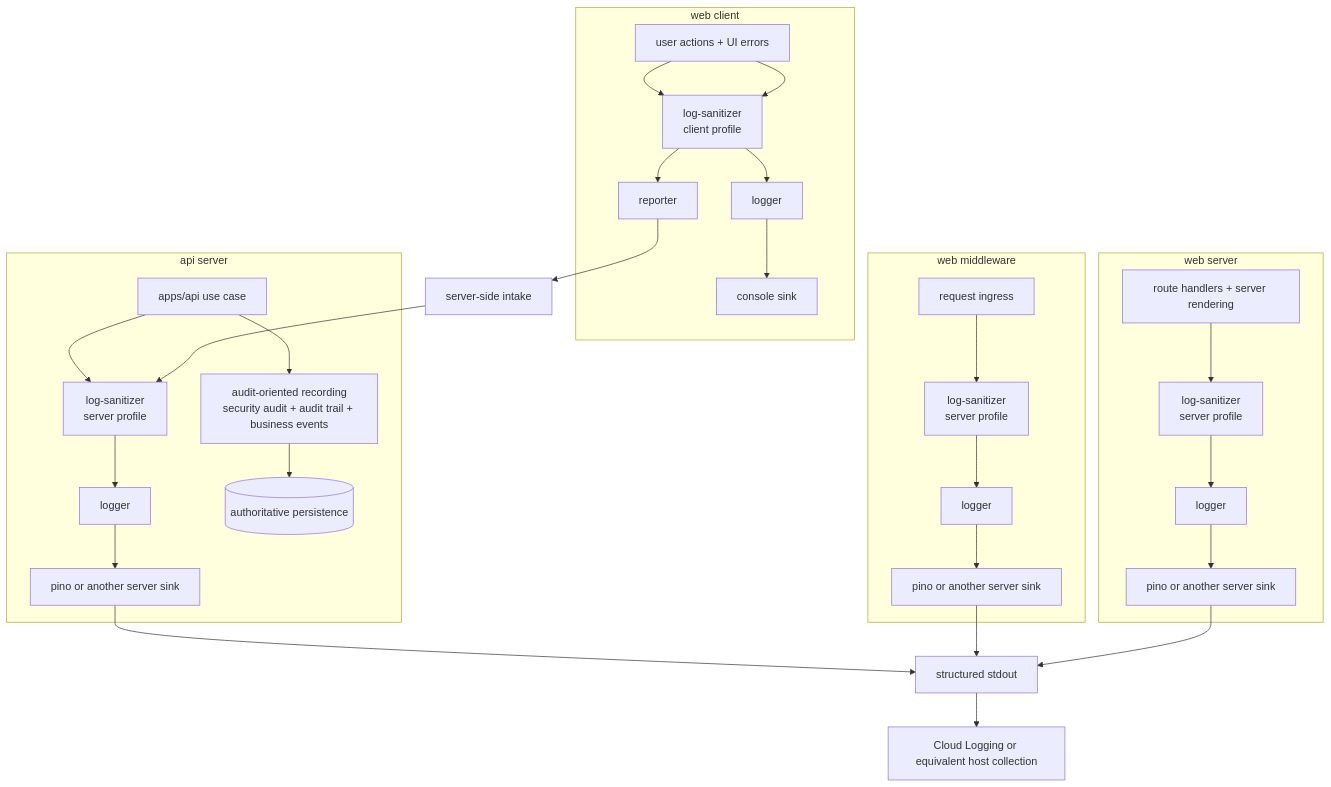
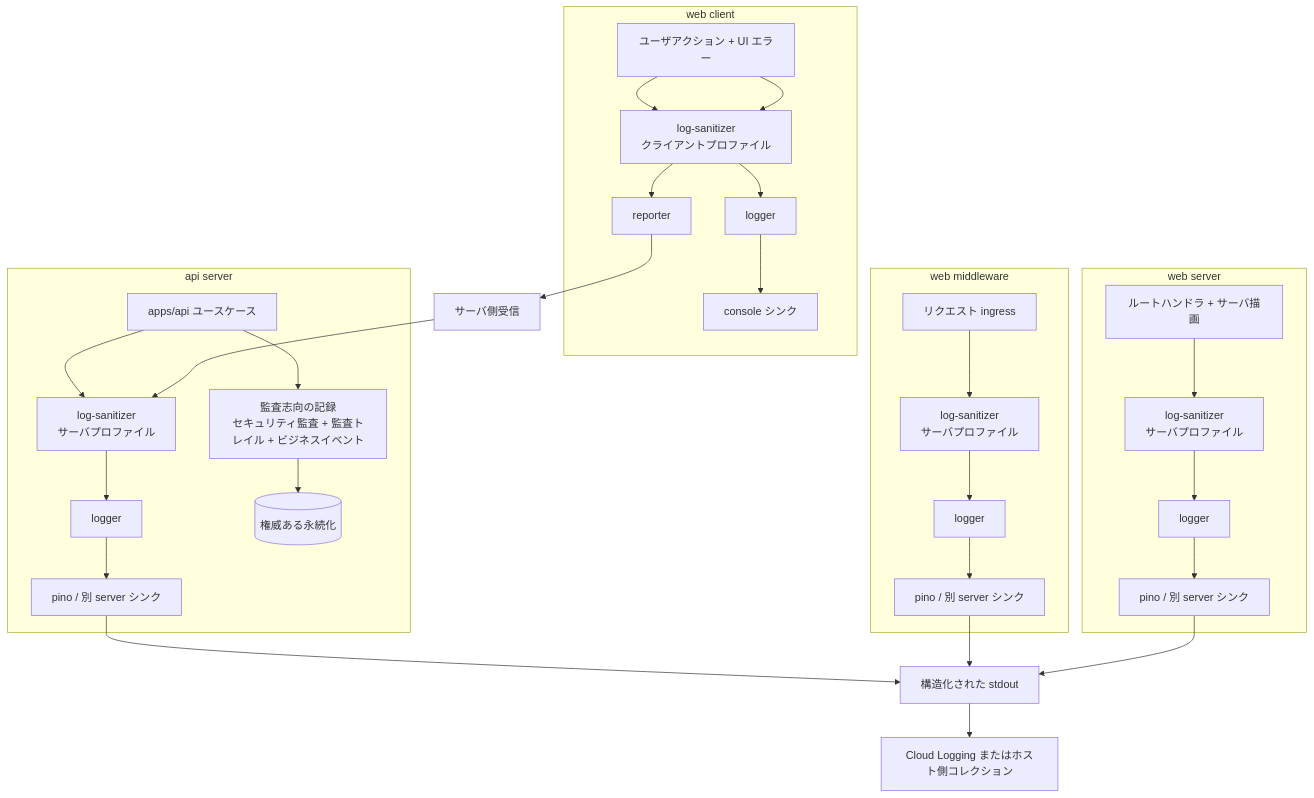
The second of 2 diagrams in docs/platform/logging-and-audit-boundaries.md (focusbuddy-dev/focusbuddy), drawn with Mermaid before and after one commit. The commit also changed other lines of this file and 21 other files, not shown here.

````diff
--- a/docs/platform/logging-and-audit-boundaries.md
+++ b/docs/platform/logging-and-audit-boundaries.md
@@ -118,50 +122,50 @@
 ```mermaid
 flowchart TB
   subgraph WebClient[web client]
-    WCAction[user actions + UI errors]
+    WCAction[ユーザアクション + UI エラー]
     WCLogger[logger]
-    WCSanitizer[log-sanitizer\nclient profile]
+    WCSanitizer[log-sanitizer\nクライアントプロファイル]
     WCReporter[reporter]
-    WCConsole[console sink]
+    WCConsole[console シンク]
 
     WCAction --> WCSanitizer --> WCLogger --> WCConsole
     WCAction --> WCSanitizer --> WCReporter
   end
 
   subgraph WebMiddleware[web middleware]
-    MWIngress[request ingress]
+    MWIngress[リクエスト ingress]
     MWLogger[logger]
-    MWSanitizer[log-sanitizer\nserver profile]
-    MWPino[pino or another server sink]
+    MWSanitizer[log-sanitizer\nサーバプロファイル]
+    MWPino[pino / 別 server シンク]
 
     MWIngress --> MWSanitizer --> MWLogger --> MWPino
   end
 
   subgraph WebServer[web server]
-    WSHandler[route handlers + server rendering]
+    WSHandler[ルートハンドラ + サーバ描画]
     WSLogger[logger]
-    WSSanitizer[log-sanitizer\nserver profile]
-    WSPino[pino or another server sink]
+    WSSanitizer[log-sanitizer\nサーバプロファイル]
+    WSPino[pino / 別 server シンク]
 
     WSHandler --> WSSanitizer --> WSLogger --> WSPino
   end
 
   subgraph ApiServer[api server]
-    APIUseCase[apps/api use case]
-    APISanitizer[log-sanitizer\nserver profile]
+    APIUseCase[apps/api ユースケース]
+    APISanitizer[log-sanitizer\nサーバプロファイル]
     APILogger[logger]
-    APIPino[pino or another server sink]
-    AuditRecords[audit-oriented recording\nsecurity audit + audit trail + business events]
-    AuditStore[(authoritative persistence)]
+    APIPino[pino / 別 server シンク]
+    AuditRecords[監査志向の記録\nセキュリティ監査 + 監査トレイル + ビジネスイベント]
+    AuditStore[(権威ある永続化)]
 
     APIUseCase --> APISanitizer --> APILogger --> APIPino
     APIUseCase --> AuditRecords --> AuditStore
   end
 
-  WCReporter --> Intake[server-side intake]
+  WCReporter --> Intake[サーバ側受信]
   Intake --> APISanitizer
-  APIPino --> Stdout[structured stdout]
+  APIPino --> Stdout[構造化された stdout]
   MWPino --> Stdout
   WSPino --> Stdout
-  Stdout --> CloudLogging[Cloud Logging or equivalent host collection]
+  Stdout --> CloudLogging[Cloud Logging またはホスト側コレクション]
 ```
````
